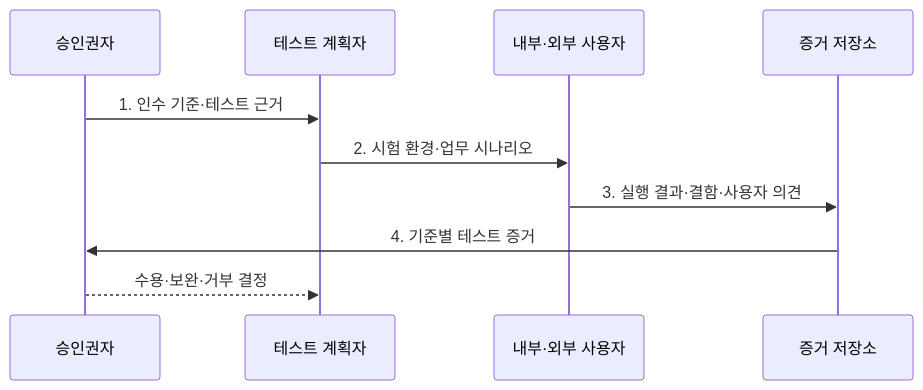
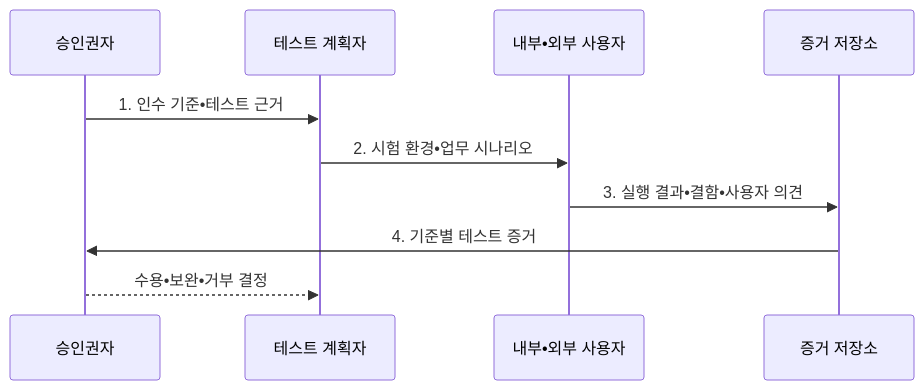
One commit to agnusdei1207/knowledge-base changed the second of 2 diagrams in src/content/docs/notes/03-software/062_alpha_beta_acceptance_testing.md. Above: the diagram before and after it, drawn with Mermaid. The commit also changed other lines of this file and 953 other files, not shown here.

````diff
--- a/src/content/docs/notes/03-software/062_alpha_beta_acceptance_testing.md
+++ b/src/content/docs/notes/03-software/062_alpha_beta_acceptance_testing.md
@@ -102,12 +102,12 @@
 ```mermaid
 sequenceDiagram
     participant A as 승인권자
     participant P as 테스트 계획자
-    participant U as 내부·외부 사용자
+    participant U as 내부•외부 사용자
     participant R as 증거 저장소
-    A->>P: 1. 인수 기준·테스트 근거
-    P->>U: 2. 시험 환경·업무 시나리오
-    U->>R: 3. 실행 결과·결함·사용자 의견
+    A->>P: 1. 인수 기준•테스트 근거
+    P->>U: 2. 시험 환경•업무 시나리오
+    U->>R: 3. 실행 결과•결함•사용자 의견
     R->>A: 4. 기준별 테스트 증거
-    A-->>P: 수용·보완·거부 결정
+    A-->>P: 수용•보완•거부 결정
 ```
````
